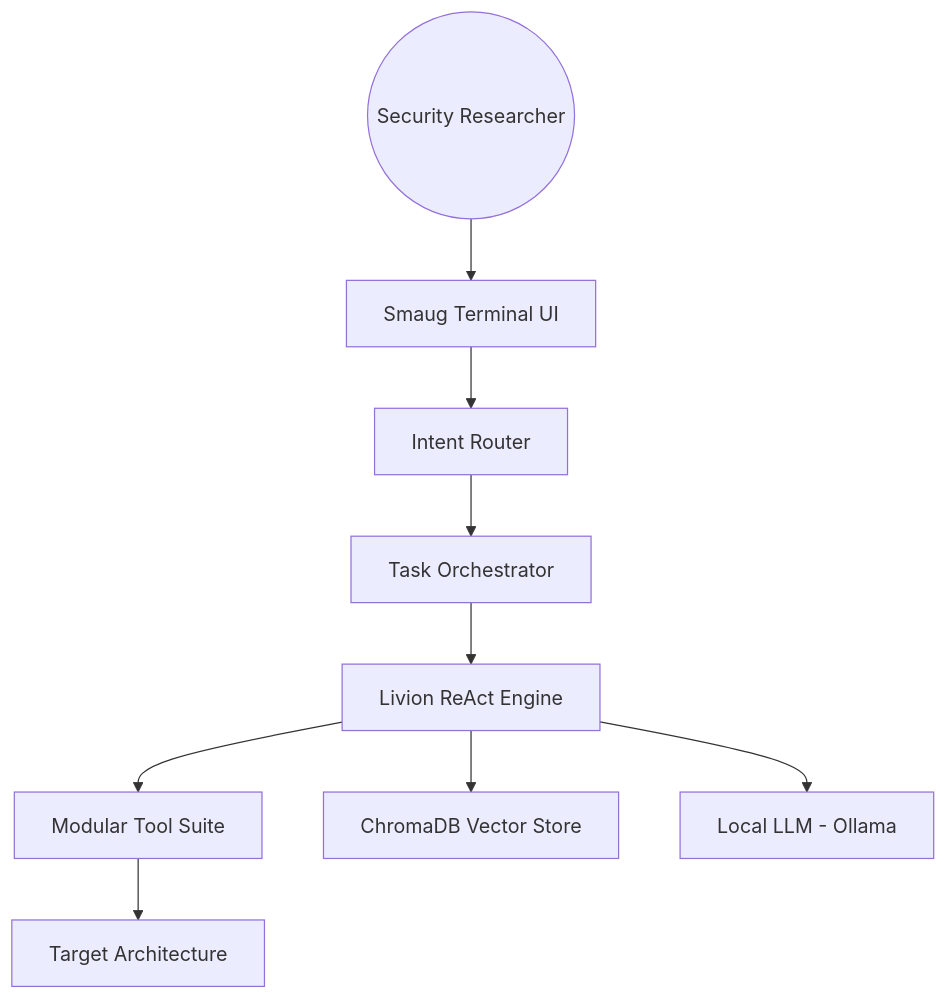
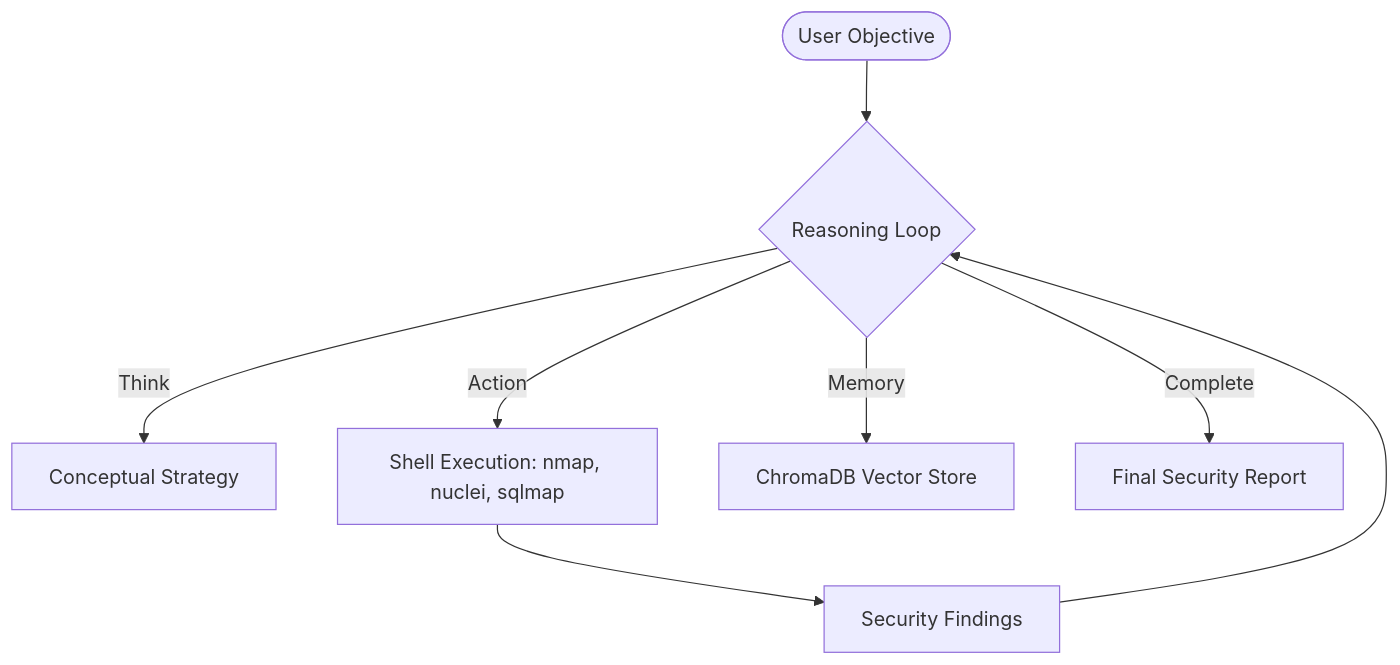
The diagram in README.md (malrobust/SMAUG), drawn with Mermaid before and after one commit. The commit also changed other lines of this file and 5 other files, not shown here.

````diff
--- a/README.md
+++ b/README.md
@@ -61,11 +21,10 @@
 ```mermaid
 graph TD
-    User((Security Researcher)) --> CLI[Smaug Terminal UI]
-    CLI --> Router[Intent Router]
-    Router --> Planner[Task Orchestrator]
-    Planner --> Livion[Livion ReAct Engine]
-    Livion --> Tools[Modular Tool Suite]
-    Tools --> Target[Target Architecture]
-    Livion --> Memory[ChromaDB Vector Store]
-    Livion --> LLM[Local LLM - Ollama]
+    User([User Objective]) --> Loop{Reasoning Loop}
+    Loop --> |Think| Thought[Conceptual Strategy]
+    Loop --> |Action| Tool[Shell Execution: nmap, nuclei, sqlmap]
+    Loop --> |Memory| Mem[ChromaDB Vector Store]
+    Tool --> Observation[Security Findings]
+    Observation --> Loop
+    Loop --> |Complete| Final[Final Security Report]
 ```
````
